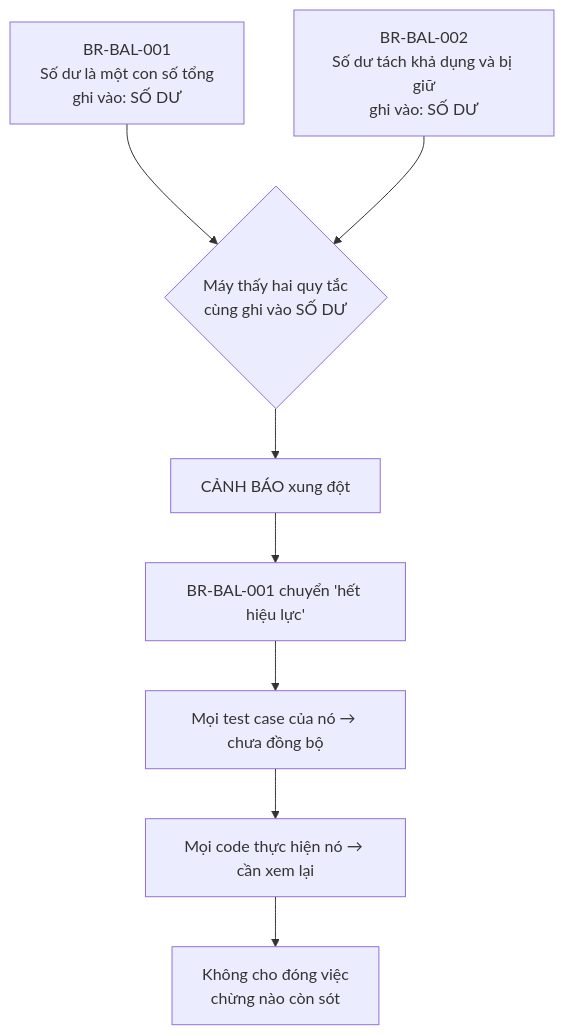
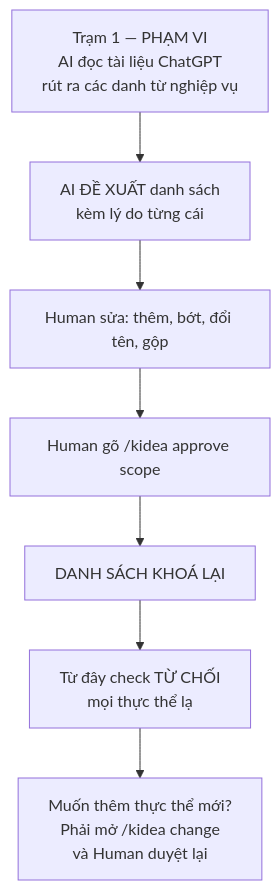
Before and after one commit to Kynderis/kendrick-ai-tools: the fourth of 10 diagrams in design/00-BAT-DAU-TU-DAY.md, drawn with Mermaid. The commit also changed other lines of this file and 4 other files, not shown here.

````diff
--- a/design/00-BAT-DAU-TU-DAY.md
+++ b/design/00-BAT-DAU-TU-DAY.md
@@ -226,10 +217,9 @@
 ```mermaid
 flowchart TD
-    A["BR-BAL-001<br/>Số dư là một con số tổng<br/>ghi vào: SỐ DƯ"] --> C{"Máy thấy hai quy tắc<br/>cùng ghi vào SỐ DƯ"}
-    B["BR-BAL-002<br/>Số dư tách khả dụng và bị giữ<br/>ghi vào: SỐ DƯ"] --> C
-    C --> D["CẢNH BÁO xung đột"]
-    D --> E["BR-BAL-001 chuyển 'hết hiệu lực'"]
-    E --> F["Mọi test case của nó → chưa đồng bộ"]
-    F --> G["Mọi code thực hiện nó → cần xem lại"]
-    G --> H["Không cho đóng việc<br/>chừng nào còn sót"]
+    A["Trạm 1 — PHẠM VI<br/>AI đọc tài liệu ChatGPT<br/>rút ra các danh từ nghiệp vụ"] --> B["AI ĐỀ XUẤT danh sách<br/>kèm lý do từng cái"]
+    B --> C["Human sửa: thêm, bớt, đổi tên, gộp"]
+    C --> D["Human gõ /kidea approve scope"]
+    D --> E["DANH SÁCH KHOÁ LẠI"]
+    E --> F["Từ đây check TỪ CHỐI<br/>mọi thực thể lạ"]
+    F --> G["Muốn thêm thực thể mới?<br/>Phải mở /kidea change<br/>và Human duyệt lại"]
 ```
````
